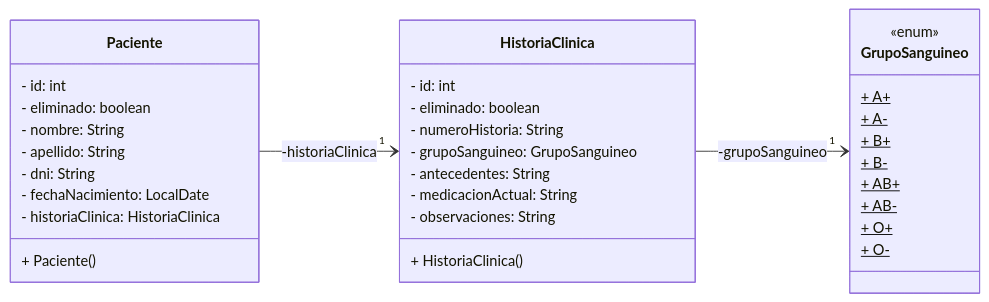
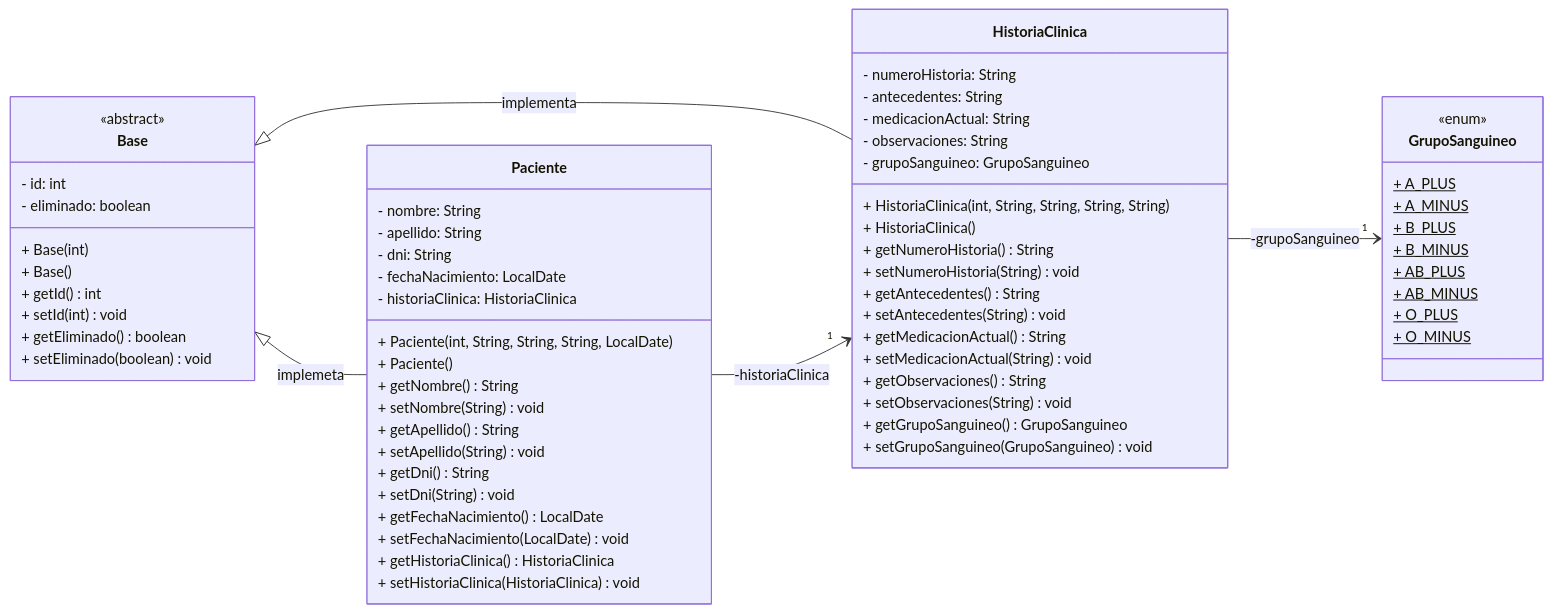
The first of 2 diagrams in README.md (Gerolupo12/paciente-historia-cliente), drawn with Mermaid before and after one commit. The commit also changed other lines of this file and 25 other files, not shown here.

````diff
--- a/README.md
+++ b/README.md
@@ -44,41 +56,73 @@
 ```mermaid
     classDiagram
-    direction LR
-        class Paciente {
-            - id: int
-            - eliminado: boolean
-            - nombre: String
-            - apellido: String
-            - dni: String
-            - fechaNacimiento: LocalDate
-            - historiaClinica: HistoriaClinica
-            + Paciente()
-        }
+        direction LR
+            class Base {
+                - id: int
+                - eliminado: boolean
+                + Base(int)
+                + Base()
+                + getId() int
+                + setId(int) void
+                + getEliminado() boolean
+                + setEliminado(boolean) void
+            }
 
-        class HistoriaClinica {
-            - id: int
-            - eliminado: boolean
-            - numeroHistoria: String
-            - grupoSanguineo: GrupoSanguineo
-            - antecedentes: String
-            - medicacionActual: String
-            - observaciones: String
-            + HistoriaClinica()
-        }
+            class Paciente {
+                - nombre: String
+                - apellido: String
+                - dni: String
+                - fechaNacimiento: LocalDate
+                - historiaClinica: HistoriaClinica
+                + Paciente(int, String, String, String, LocalDate)
+                + Paciente()
+                + getNombre() String
+                + setNombre(String) void
+                + getApellido() String
+                + setApellido(String) void
+                + getDni() String
+                + setDni(String) void
+                + getFechaNacimiento() LocalDate
+                + setFechaNacimiento(LocalDate) void
+                + getHistoriaClinica() HistoriaClinica
+                + setHistoriaClinica(HistoriaClinica) void
+            }
 
-        class GrupoSanguineo {
-            + A+$
-            + A-$
-            + B+$
-            + B-$
-            + AB+$
-            + AB-$
-            + O+$
-            + O-$
-        }
+            class HistoriaClinica {
+                - numeroHistoria: String
+                - antecedentes: String
+                - medicacionActual: String
+                - observaciones: String
+                - grupoSanguineo: GrupoSanguineo
+                + HistoriaClinica(int, String, String, String, String)
+                + HistoriaClinica()
+                + getNumeroHistoria() String
+                + setNumeroHistoria(String) void
+                + getAntecedentes() String
+                + setAntecedentes(String) void
+                + getMedicacionActual() String
+                + setMedicacionActual(String) void
+                + getObservaciones() String
+                + setObservaciones(String) void
+                + getGrupoSanguineo() GrupoSanguineo
+                + setGrupoSanguineo(GrupoSanguineo) void
+            }
 
-        <<enum>> GrupoSanguineo
+            class GrupoSanguineo {
+                + A_PLUS$
+                + A_MINUS$
+                + B_PLUS$
+                + B_MINUS$
+                + AB_PLUS$
+                + AB_MINUS$
+                + O_PLUS$
+                + O_MINUS$
+            }
 
-        Paciente --> "1" HistoriaClinica : -historiaClinica
-        HistoriaClinica --> "1" GrupoSanguineo : -grupoSanguineo
+            <<abstract>> Base
+            <<enum>> GrupoSanguineo
+
+            Base <|-- Paciente : implemeta
+            Base <|-- HistoriaClinica : implementa
+            Paciente --> "1" HistoriaClinica : -historiaClinica
+            HistoriaClinica --> "1" GrupoSanguineo : -grupoSanguineo
 ```
````
